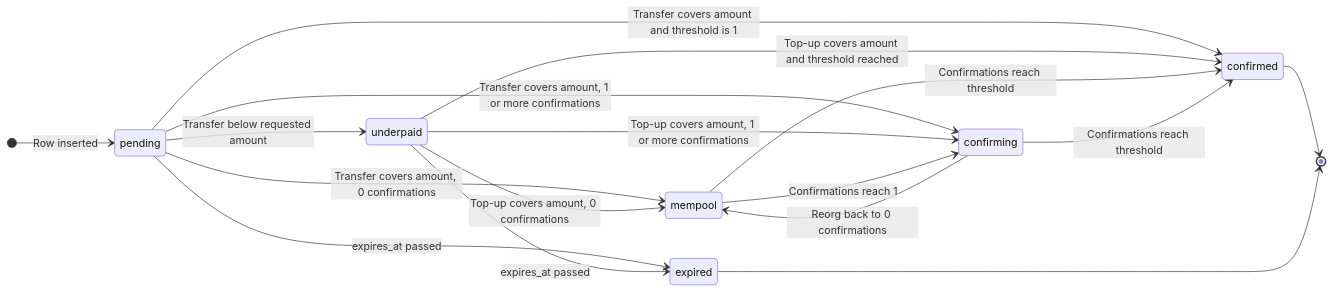
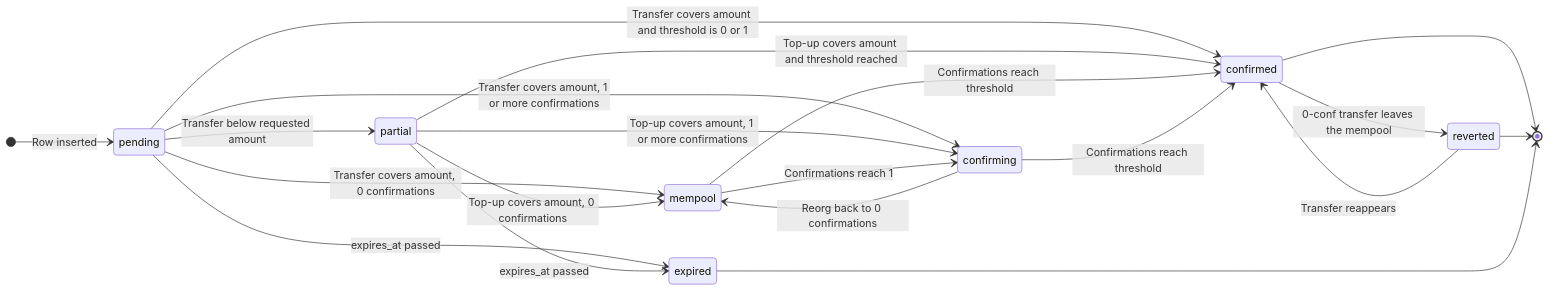
The sixth of 8 diagrams in docs/flows.md (tiponero/tiponero-core), drawn with Mermaid before and after one commit. The commit also changed other lines of this file and 81 other files, not shown here.

````diff
--- a/docs/flows.md
+++ b/docs/flows.md
@@ -376,20 +376,23 @@
 ```mermaid
 stateDiagram-v2
     direction LR
     [*] --> pending : Row inserted
-    pending --> underpaid : Transfer below requested amount
+    pending --> partial : Transfer below requested amount
     pending --> mempool : Transfer covers amount, 0 confirmations
     pending --> confirming : Transfer covers amount, 1 or more confirmations
-    pending --> confirmed : Transfer covers amount and threshold is 1
+    pending --> confirmed : Transfer covers amount and threshold is 0 or 1
     pending --> expired : expires_at passed
-    underpaid --> mempool : Top-up covers amount, 0 confirmations
-    underpaid --> confirming : Top-up covers amount, 1 or more confirmations
-    underpaid --> confirmed : Top-up covers amount and threshold reached
-    underpaid --> expired : expires_at passed
+    partial --> mempool : Top-up covers amount, 0 confirmations
+    partial --> confirming : Top-up covers amount, 1 or more confirmations
+    partial --> confirmed : Top-up covers amount and threshold reached
+    partial --> expired : expires_at passed
     mempool --> confirming : Confirmations reach 1
     mempool --> confirmed : Confirmations reach threshold
     confirming --> confirmed : Confirmations reach threshold
     confirming --> mempool : Reorg back to 0 confirmations
+    confirmed --> reverted : 0-conf transfer leaves the mempool
+    reverted --> confirmed : Transfer reappears
     confirmed --> [*]
+    reverted --> [*]
     expired --> [*]
 ```
````
